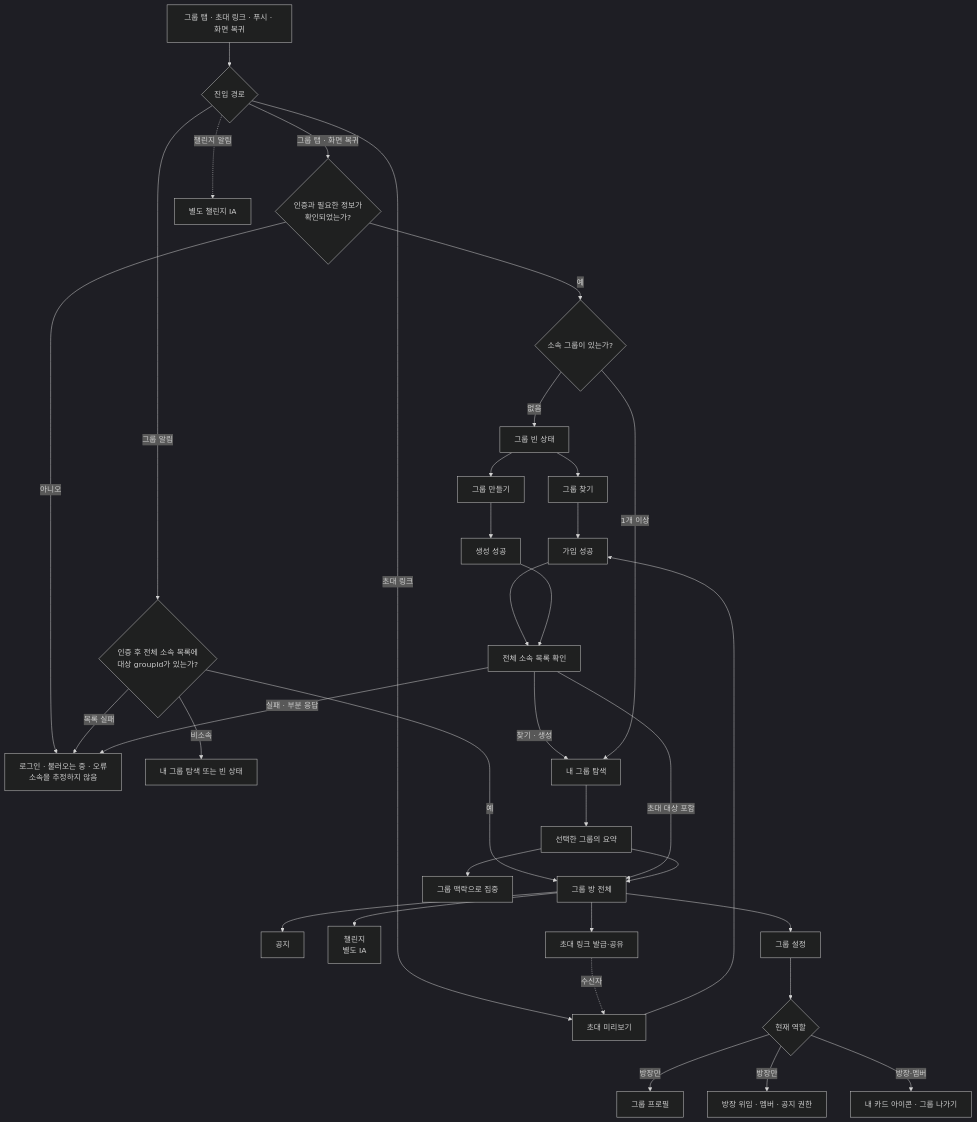
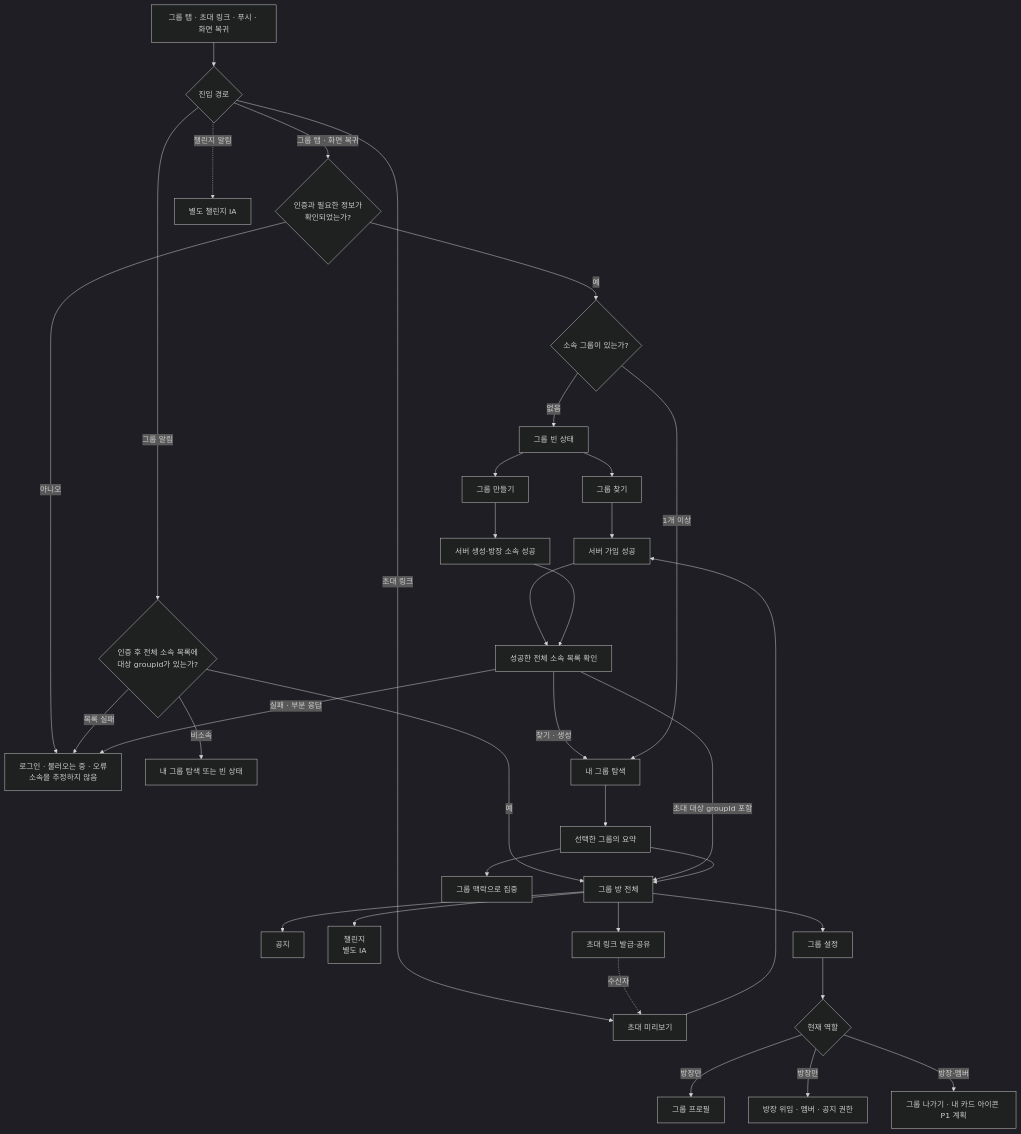
One commit to OneOrThree/phone changed the second of 5 diagrams in docs/prd/group/information-architecture.md. Above: the diagram before and after it, drawn with Mermaid (dark theme). The commit also changed other lines of this file and 14 other files, not shown here.

````diff
--- a/docs/prd/group/information-architecture.md
+++ b/docs/prd/group/information-architecture.md
@@ -46,41 +46,41 @@
 ```mermaid
 flowchart TD
     Entry["그룹 탭 · 초대 링크 · 푸시 · 화면 복귀"] --> Source{"진입 경로"}
     Source -->|그룹 탭 · 화면 복귀| Auth{"인증과 필요한 정보가<br/>확인되었는가?"}
     Auth -->|아니오| Safe["로그인 · 불러오는 중 · 오류<br/>소속을 추정하지 않음"]
     Auth -->|예| Count{"소속 그룹이 있는가?"}
 
     Count -->|없음| Empty["그룹 빈 상태"]
     Empty --> Find["그룹 찾기"]
     Empty --> Create["그룹 만들기"]
     Source -->|초대 링크| Invite["초대 미리보기"]
     Source -->|그룹 알림| Push{"인증 후 전체 소속 목록에<br/>대상 groupId가 있는가?"}
     Push -->|예| Room
     Push -->|비소속| GroupFallback["내 그룹 탐색 또는 빈 상태"]
     Push -->|목록 실패| Safe
     Source -.->|챌린지 알림| ChallengePolicy["별도 챌린지 IA"]
 
-    Find --> Acquire["가입 성공"]
-    Invite --> Acquire
-    Create --> Created["생성 성공"]
-    Acquire --> Refresh["전체 소속 목록 확인"]
+    Find --> Join["서버 가입 성공"]
+    Invite --> Join
+    Create --> Created["서버 생성·방장 소속 성공"]
+    Join --> Refresh["성공한 전체 소속 목록 확인"]
     Created --> Refresh
     Refresh -->|"찾기 · 생성"| MyGroups
-    Refresh -->|"초대 대상 포함"| Room
+    Refresh -->|"초대 대상 groupId 포함"| Room
     Refresh -->|"실패 · 부분 응답"| Safe
 
     Count -->|1개 이상| MyGroups["내 그룹 탐색"]
     MyGroups --> Summary["선택한 그룹의 요약"]
     Summary --> Focus["그룹 맥락으로 집중"]
     Summary --> Room["그룹 방 전체"]
 
     Room --> Notice["공지"]
     Room --> Challenge["챌린지<br/>별도 IA"]
     Room --> Share["초대 링크 발급·공유"]
     Share -.->|수신자| Invite
     Room --> Settings["그룹 설정"]
     Settings --> Role{"현재 역할"}
     Role -->|방장만| Profile["그룹 프로필"]
     Role -->|방장만| Members["방장 위임 · 멤버 · 공지 권한"]
-    Role -->|방장·멤버| Personal["내 카드 아이콘 · 그룹 나가기"]
+    Role -->|방장·멤버| Personal["그룹 나가기 · 내 카드 아이콘 P1 계획"]
 ```
````
